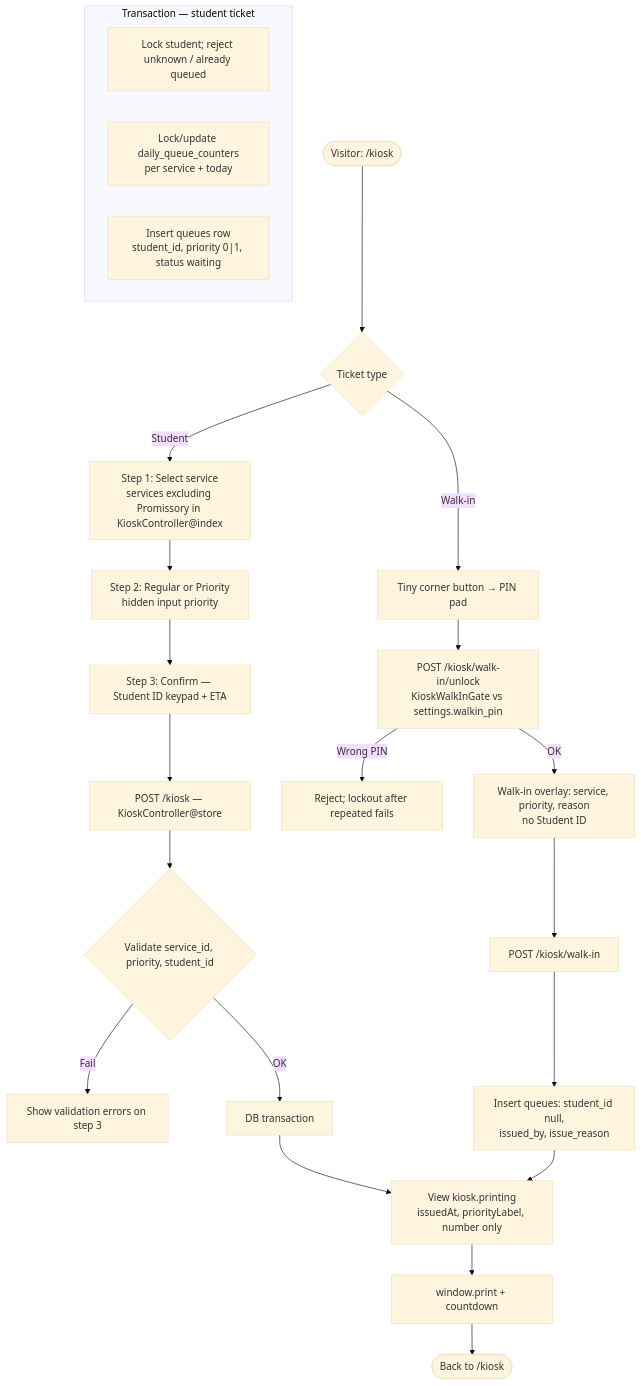
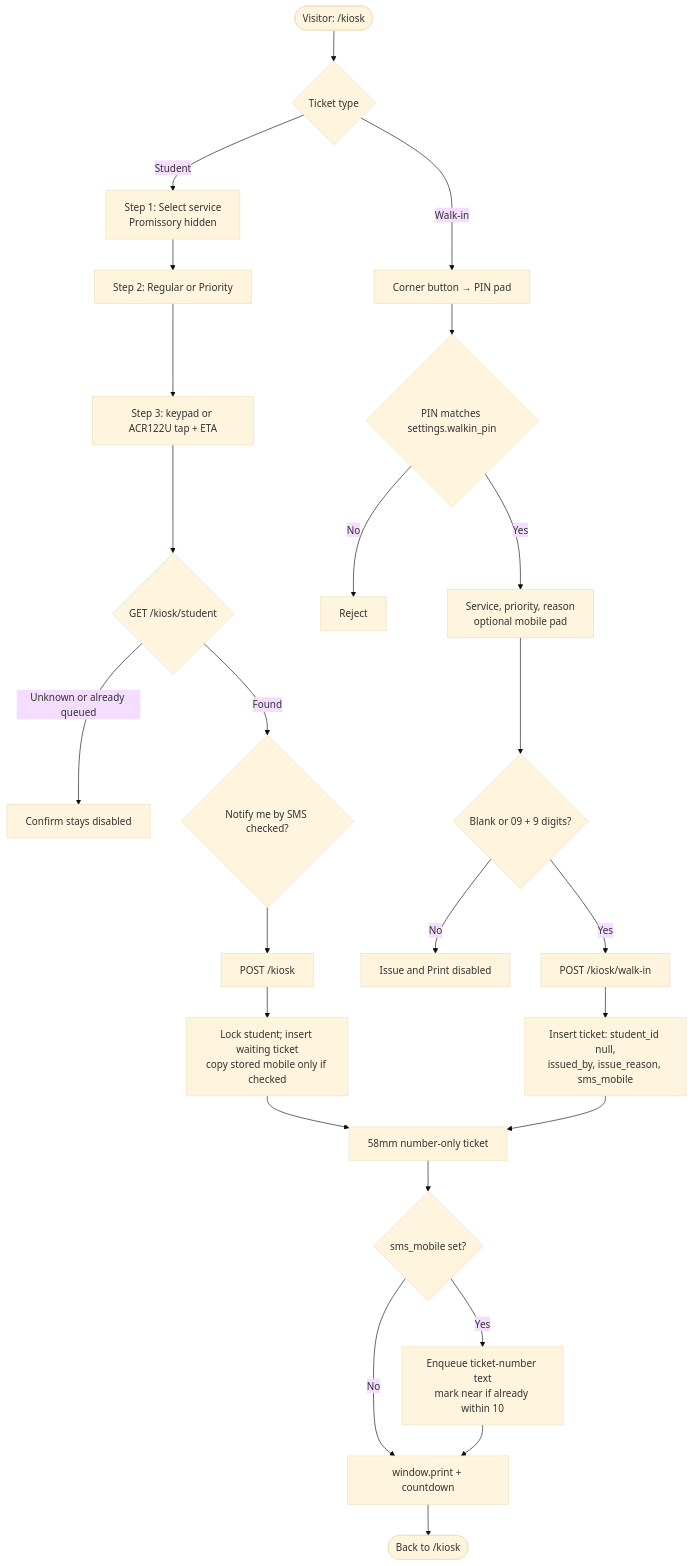
One commit to rhems95/queuing-system changed the third of 12 diagrams in docs/system-flowchart.md. Above: the diagram before and after it, drawn with Mermaid (base theme). The commit also changed other lines of this file and 76 other files, not shown here.

Commit message:
Add RFID tap, paper alerts, and opt-in GSM SMS so the kiosk can notify students without blocking the queue.

````diff
--- a/docs/system-flowchart.md
+++ b/docs/system-flowchart.md
@@ -97,26 +100,27 @@
 ```mermaid
 flowchart TD
     Start([Visitor: /kiosk]) --> Path{Ticket type}
-    Path -->|Student| S1["Step 1: Select service<br/>services excluding Promissory in KioskController@index"]
-    S1 --> S2["Step 2: Regular or Priority<br/>hidden input priority"]
-    S2 --> S3["Step 3: Confirm — Student ID keypad + ETA"]
-    S3 --> POST["POST /kiosk — KioskController@store"]
-    POST --> V{"Validate service_id, priority, student_id"}
-    V -->|Fail| E["Show validation errors on step 3"]
-    V -->|OK| Txn["DB transaction"]
-    subgraph Trn["Transaction — student ticket"]
-        T0["Lock student; reject unknown / already queued"]
-        T1["Lock/update daily_queue_counters<br/>per service + today"]
-        T2["Insert queues row<br/>student_id, priority 0|1, status waiting"]
-    end
-    Path -->|Walk-in| PinBtn["Tiny corner button → PIN pad"]
-    PinBtn --> Unlock["POST /kiosk/walk-in/unlock<br/>KioskWalkInGate vs settings.walkin_pin"]
-    Unlock -->|Wrong PIN| PinFail["Reject; lockout after repeated fails"]
-    Unlock -->|OK| Overlay["Walk-in overlay: service, priority, reason<br/>no Student ID"]
-    Overlay --> WPOST["POST /kiosk/walk-in"]
-    WPOST --> WTxn["Insert queues: student_id null,<br/>issued_by, issue_reason"]
+    Path -->|Student| S1["Step 1: Select service<br/>Promissory hidden"]
+    S1 --> S2["Step 2: Regular or Priority"]
+    S2 --> S3["Step 3: keypad or ACR122U tap + ETA"]
+    S3 --> Look{"GET /kiosk/student"}
+    Look -->|Unknown or already queued| E["Confirm stays disabled"]
+    Look -->|Found| Opt{"Notify me by SMS checked?"}
+    Opt --> POST["POST /kiosk"]
+    POST --> Txn["Lock student; insert waiting ticket<br/>copy stored mobile only if checked"]
+    Path -->|Walk-in| PinBtn["Corner button → PIN pad"]
+    PinBtn --> Unlock{"PIN matches settings.walkin_pin"}
+    Unlock -->|No| PinFail["Reject"]
+    Unlock -->|Yes| Overlay["Service, priority, reason<br/>optional mobile pad"]
+    Overlay --> Mob{"Blank or 09 + 9 digits?"}
+    Mob -->|No| Block["Issue and Print disabled"]
+    Mob -->|Yes| WPOST["POST /kiosk/walk-in"]
+    WPOST --> WTxn["Insert ticket: student_id null,<br/>issued_by, issue_reason, sms_mobile"]
     Txn --> Print
-    WTxn --> Print["View kiosk.printing<br/>issuedAt, priorityLabel, number only"]
-    Print --> AP["window.print + countdown"]
+    WTxn --> Print["58mm number-only ticket"]
+    Print --> Text{"sms_mobile set?"}
+    Text -->|Yes| Out["Enqueue ticket-number text<br/>mark near if already within 10"]
+    Text -->|No| AP
+    Out --> AP["window.print + countdown"]
     AP --> Home([Back to /kiosk])
 ```
````
